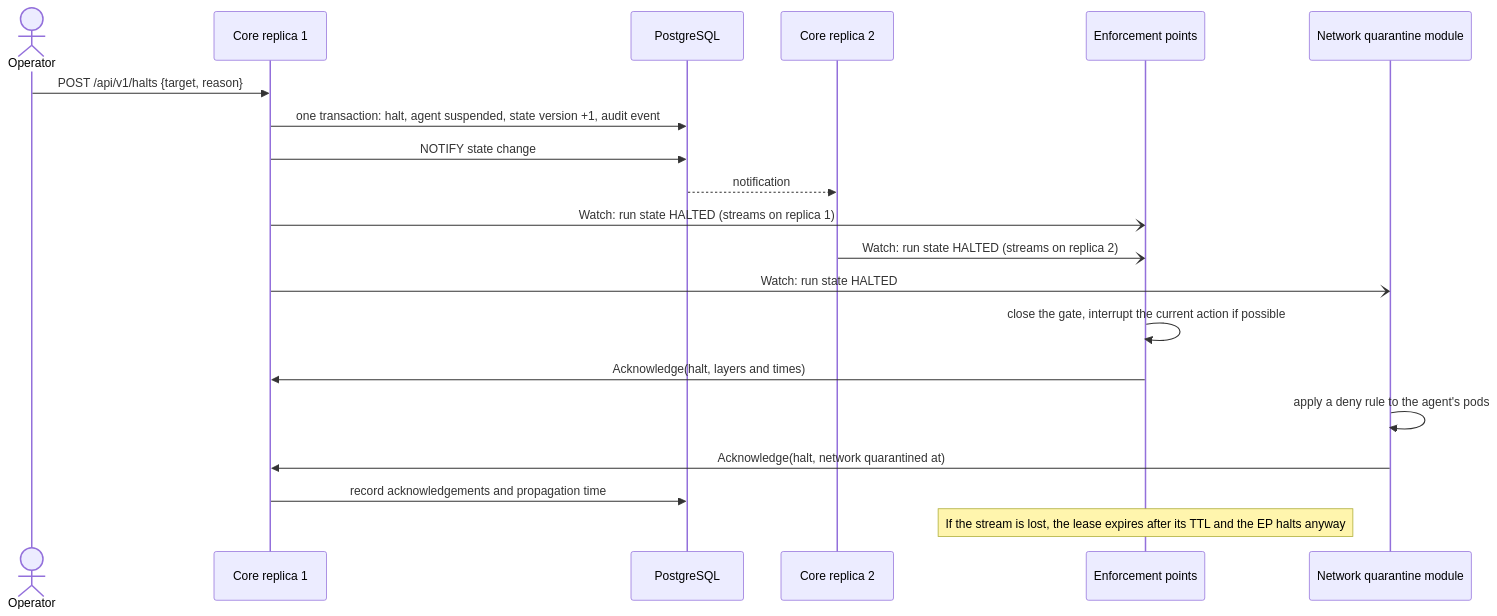
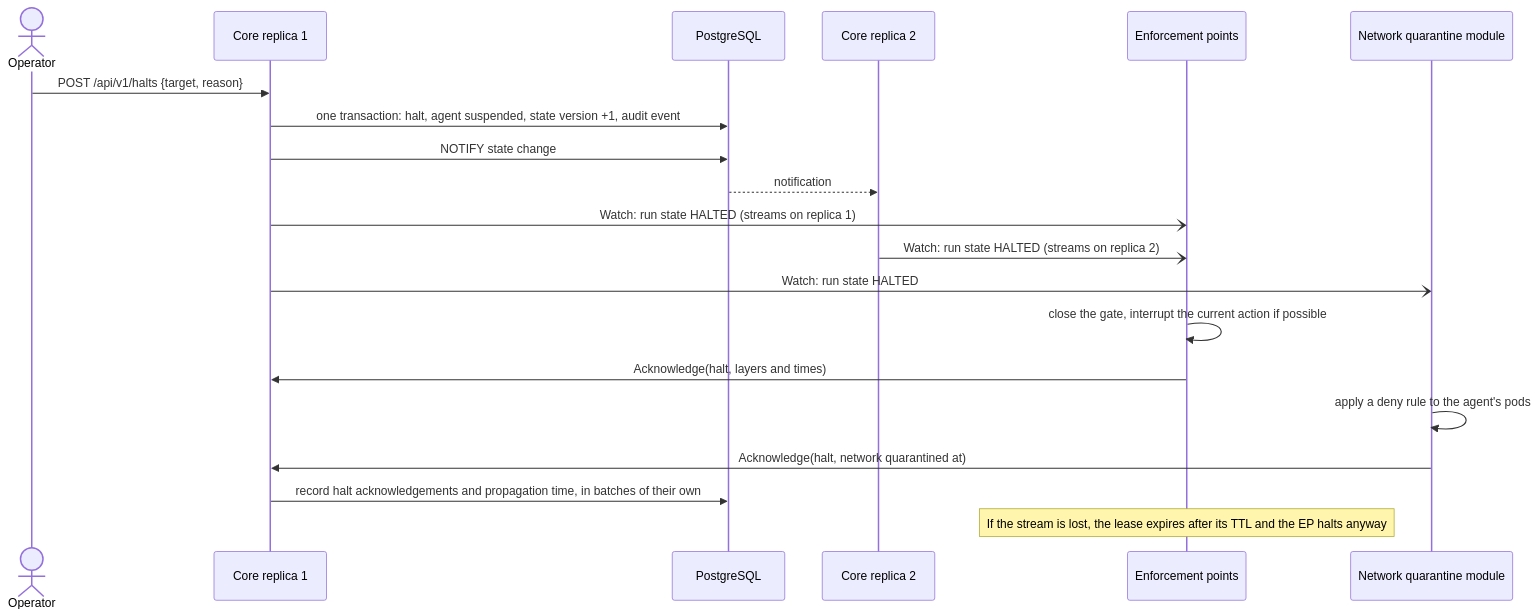
The fourth of 6 diagrams in docs/architecture/mvp-architecture.md (J466Y/WhiteTower), drawn with Mermaid before and after one commit. The commit also changed other lines of this file and 5 other files, not shown here.

Commit message:
docs(P1-08): align the architecture, requirements and threat model with the halt-path design (#56)

````diff
--- a/docs/architecture/mvp-architecture.md
+++ b/docs/architecture/mvp-architecture.md
@@ -259,22 +259,22 @@
 ```mermaid
 sequenceDiagram
     actor O as Operator
     participant C1 as Core replica 1
     participant DB as PostgreSQL
     participant C2 as Core replica 2
     participant EP as Enforcement points
     participant QM as Network quarantine module
     O->>C1: POST /api/v1/halts {target, reason}
     C1->>DB: one transaction: halt, agent suspended, state version +1, audit event
     C1->>DB: NOTIFY state change
     DB-->>C2: notification
     C1-)EP: Watch: run state HALTED (streams on replica 1)
     C2-)EP: Watch: run state HALTED (streams on replica 2)
     C1-)QM: Watch: run state HALTED
     EP->>EP: close the gate, interrupt the current action if possible
     EP->>C1: Acknowledge(halt, layers and times)
     QM->>QM: apply a deny rule to the agent's pods
     QM->>C1: Acknowledge(halt, network quarantined at)
-    C1->>DB: record acknowledgements and propagation time
+    C1->>DB: record halt acknowledgements and propagation time, in batches of their own
     Note over EP: If the stream is lost, the lease expires after its TTL and the EP halts anyway
 ```
````
